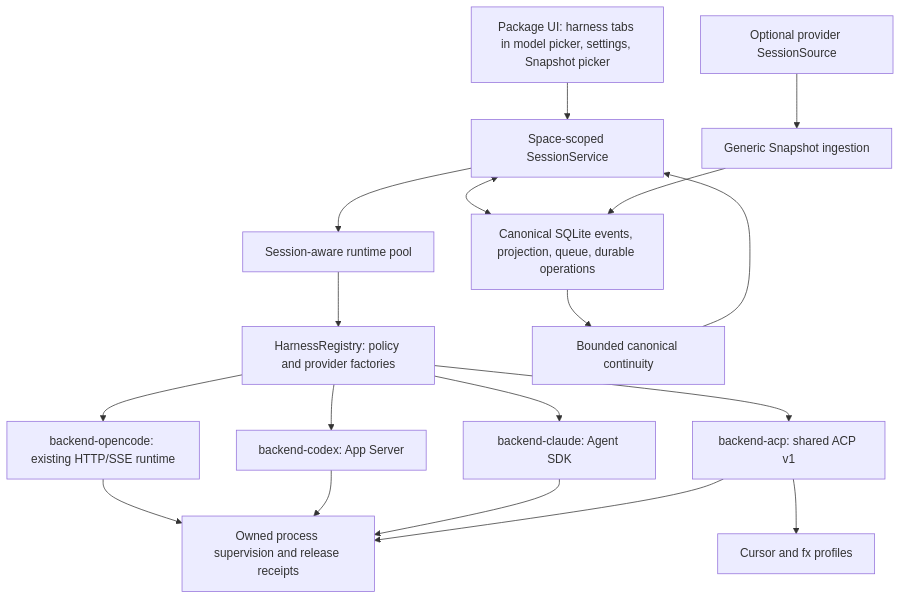
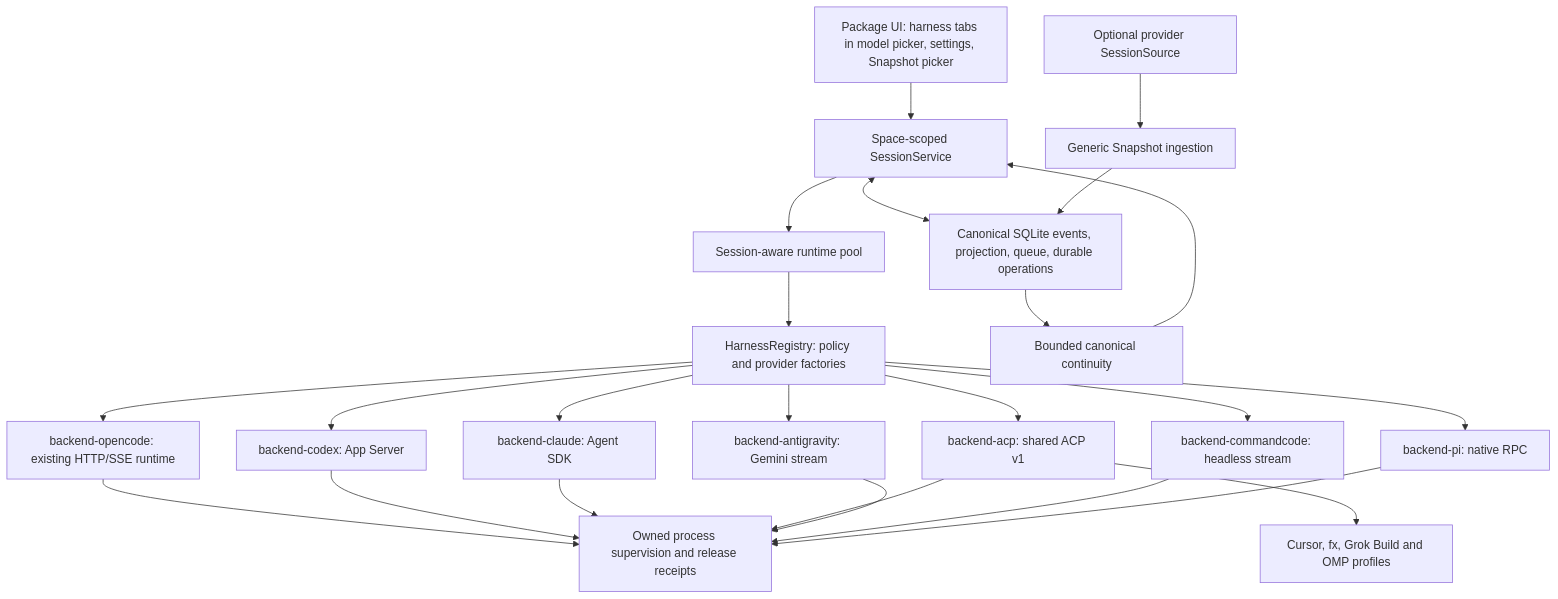
One commit to Polyth/Polyth changed the diagram in docs/architecture/multi-harness.md. Above: the diagram before and after it, drawn with Mermaid. The commit also changed other lines of this file and 17 other files, not shown here.

````diff
--- a/docs/architecture/multi-harness.md
+++ b/docs/architecture/multi-harness.md
@@ -9,20 +9,26 @@
 ```mermaid
 flowchart TD
   UI[Package UI: harness tabs in model picker, settings, Snapshot picker] --> SS[Space-scoped SessionService]
   SS <--> DB[Canonical SQLite events, projection, queue, durable operations]
   SS --> POOL[Session-aware runtime pool]
   POOL --> REG[HarnessRegistry: policy and provider factories]
   REG --> OC[backend-opencode: existing HTTP/SSE runtime]
   REG --> CX[backend-codex: App Server]
   REG --> CC[backend-claude: Agent SDK]
   REG --> ACP[backend-acp: shared ACP v1]
-  ACP --> PROFILES[Cursor and fx profiles]
+  REG --> AG[backend-antigravity: Gemini stream]
+  REG --> CMD[backend-commandcode: headless stream]
+  REG --> PI[backend-pi: native RPC]
+  ACP --> PROFILES[Cursor, fx, Grok Build and OMP profiles]
   OC --> AUTH[Owned process supervision and release receipts]
   CX --> AUTH
   CC --> AUTH
   ACP --> AUTH
+  AG --> AUTH
+  CMD --> AUTH
+  PI --> AUTH
   DB --> CTX[Bounded canonical continuity]
   CTX --> SS
   SOURCE[Optional provider SessionSource] --> SNAP[Generic Snapshot ingestion]
   SNAP --> DB
 ```
````
